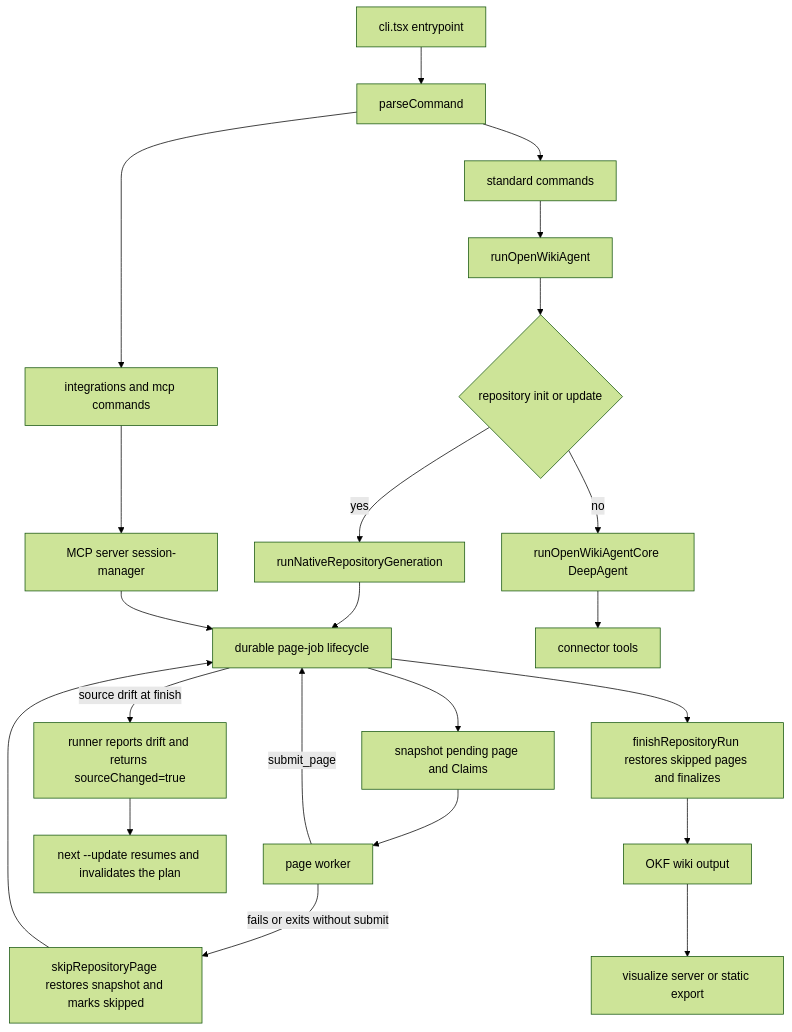
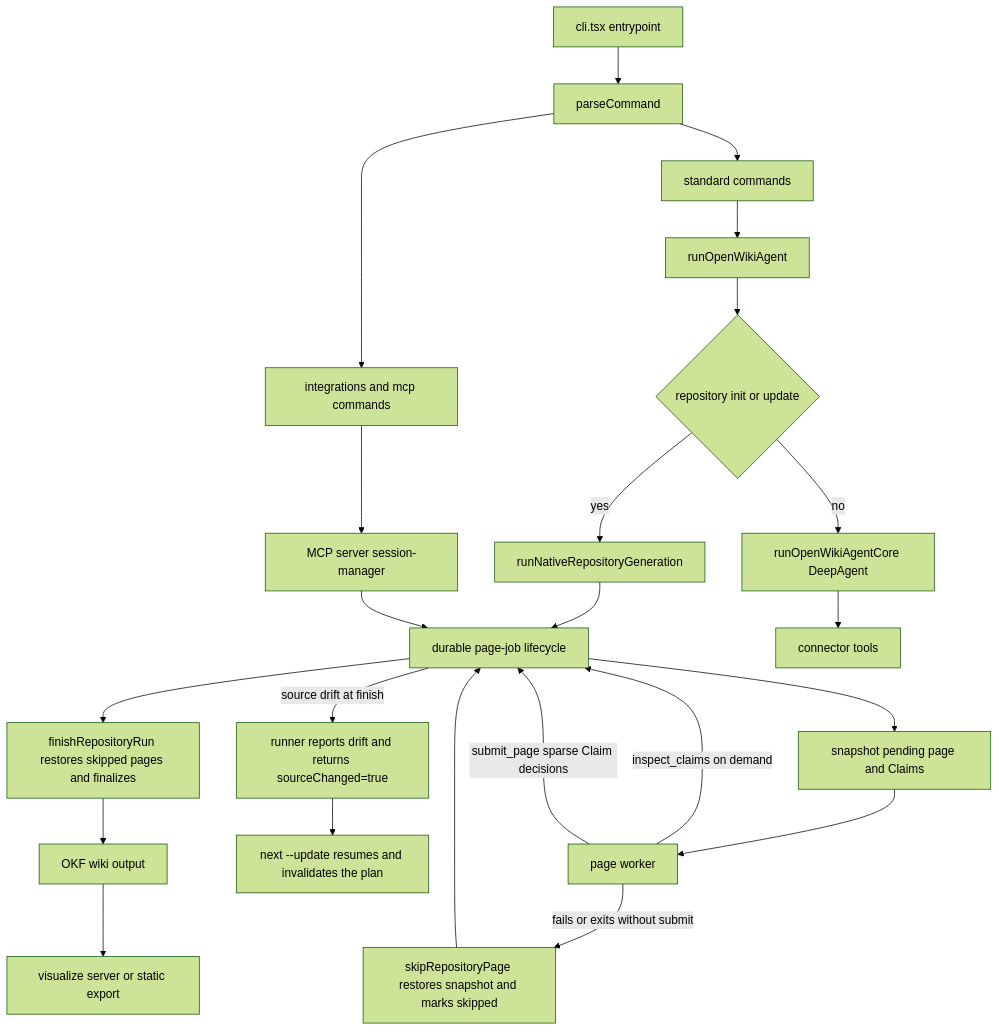
Before and after one commit to langchain-ai/openwiki: the diagram in openwiki/architecture/overview.md, drawn with Mermaid (forest theme). The commit also changed other lines of this file and 21 other files, not shown here.

````diff
--- a/openwiki/architecture/overview.md
+++ b/openwiki/architecture/overview.md
@@ -74,24 +76,25 @@
 ```mermaid
 flowchart TD
   CLI["cli.tsx entrypoint"] --> Parse["parseCommand"]
   Parse --> Std["standard commands"]
   Parse --> Host["integrations and mcp commands"]
   Std --> RunAgent["runOpenWikiAgent"]
   RunAgent --> RepoGen{"repository init or update"}
   RepoGen -->|yes| NativeRun["runNativeRepositoryGeneration"]
   RepoGen -->|no| Core["runOpenWikiAgentCore DeepAgent"]
   NativeRun --> Lifecycle["durable page-job lifecycle"]
   Host --> McpServer["MCP server session-manager"]
   McpServer --> Lifecycle
   Core --> Connectors["connector tools"]
   Lifecycle --> Snapshot["snapshot pending page and Claims"]
   Snapshot --> PageWorker["page worker"]
   PageWorker -->|"fails or exits without submit"| Skip["skipRepositoryPage restores snapshot and marks skipped"]
   Skip --> Lifecycle
-  PageWorker -->|"submit_page"| Lifecycle
+  PageWorker -->|"inspect_claims on demand"| Lifecycle
+  PageWorker -->|"submit_page sparse Claim decisions"| Lifecycle
   Lifecycle -->|"source drift at finish"| Report["runner reports drift and returns sourceChanged=true"]
   Report --> LaterUpdate["next --update resumes and invalidates the plan"]
   Lifecycle --> Finalize["finishRepositoryRun restores skipped pages and finalizes"]
   Finalize --> Wiki["OKF wiki output"]
   Wiki --> Viz["visualize server or static export"]
 ```
````
